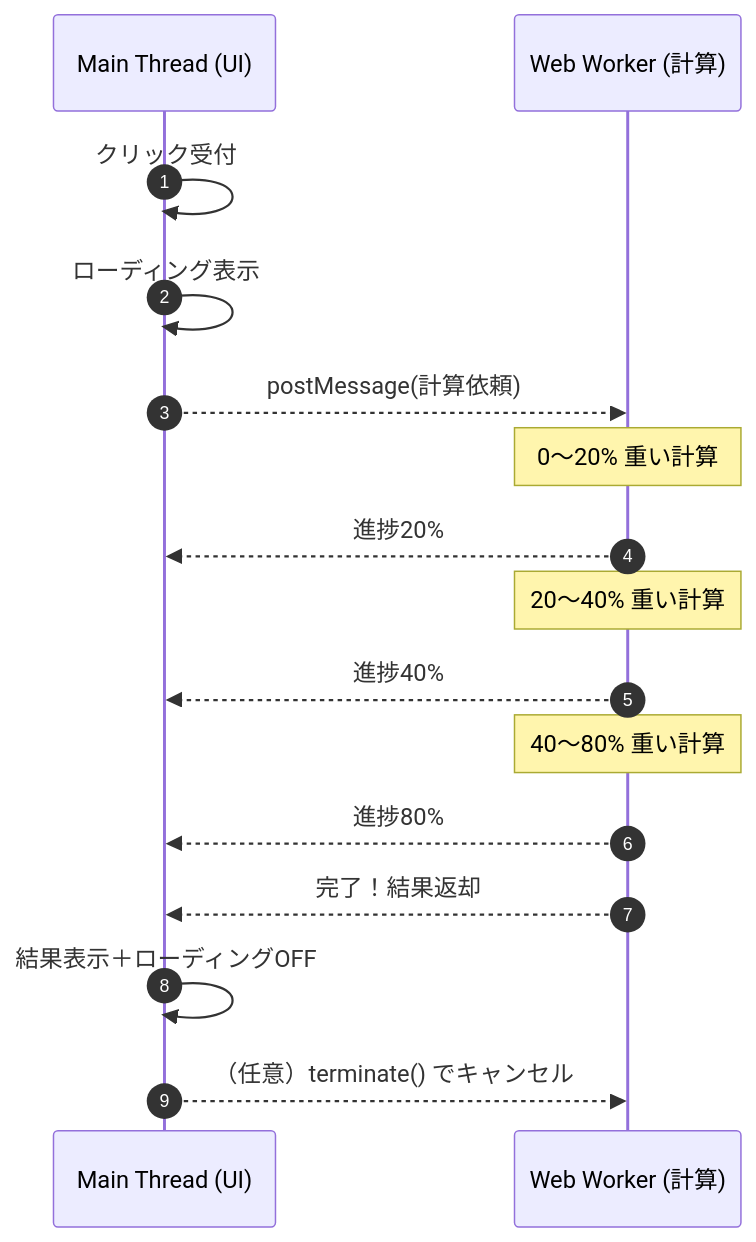
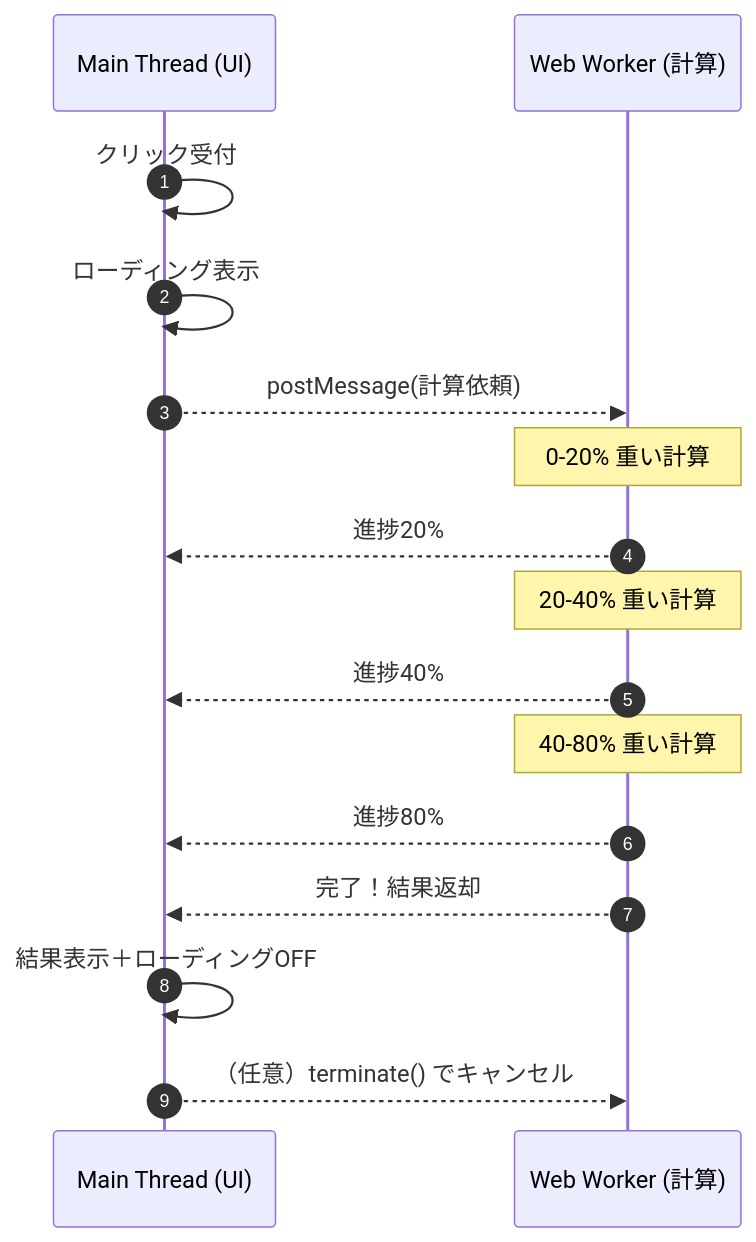
Before and after one commit to komiyamma/site_ichika_study_async_await_fetch: the diagram in D15.md, drawn with Mermaid. The commit also changed 3 other files, not shown here.

````diff
--- a/D15.md
+++ b/D15.md
@@ -27,19 +27,19 @@
 ```mermaid
 sequenceDiagram
     autonumber
     participant UI as Main Thread (UI)
     participant WK as Web Worker (計算)
 
     UI->>UI: クリック受付
     UI->>UI: ローディング表示
     UI-->>WK: postMessage(計算依頼)
-    Note over WK: 0〜20% 重い計算
+    Note over WK: 0-20% 重い計算
     WK-->>UI: 進捗20%
-    Note over WK: 20〜40% 重い計算
+    Note over WK: 20-40% 重い計算
     WK-->>UI: 進捗40%
-    Note over WK: 40〜80% 重い計算
+    Note over WK: 40-80% 重い計算
     WK-->>UI: 進捗80%
     WK-->>UI: 完了！結果返却
     UI->>UI: 結果表示＋ローディングOFF
     UI-->>WK: （任意）terminate() でキャンセル
 ```
````
